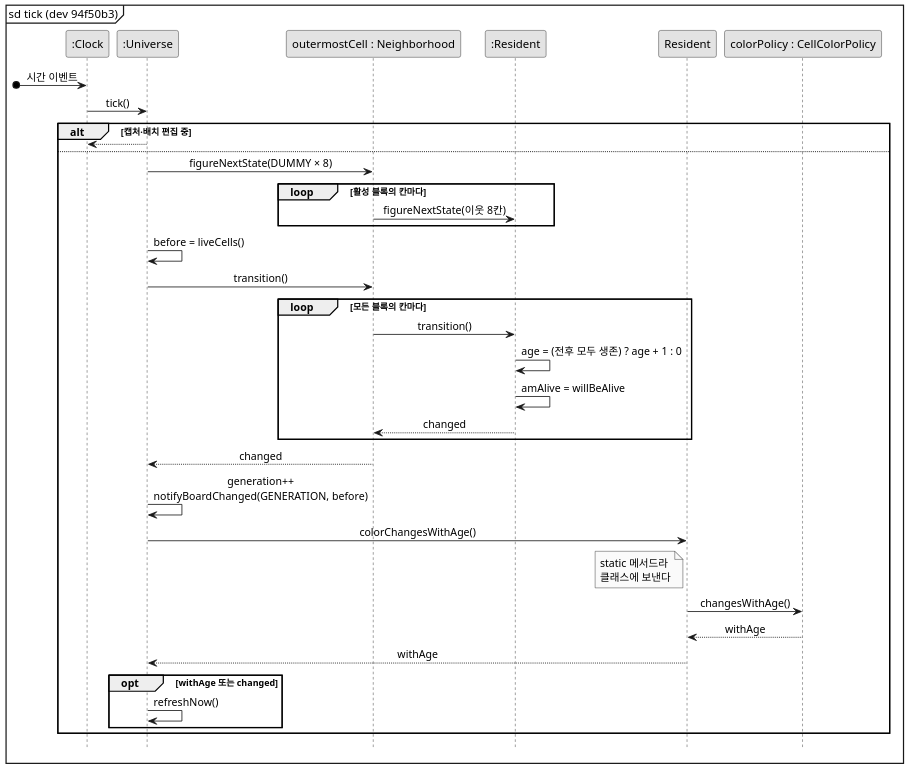
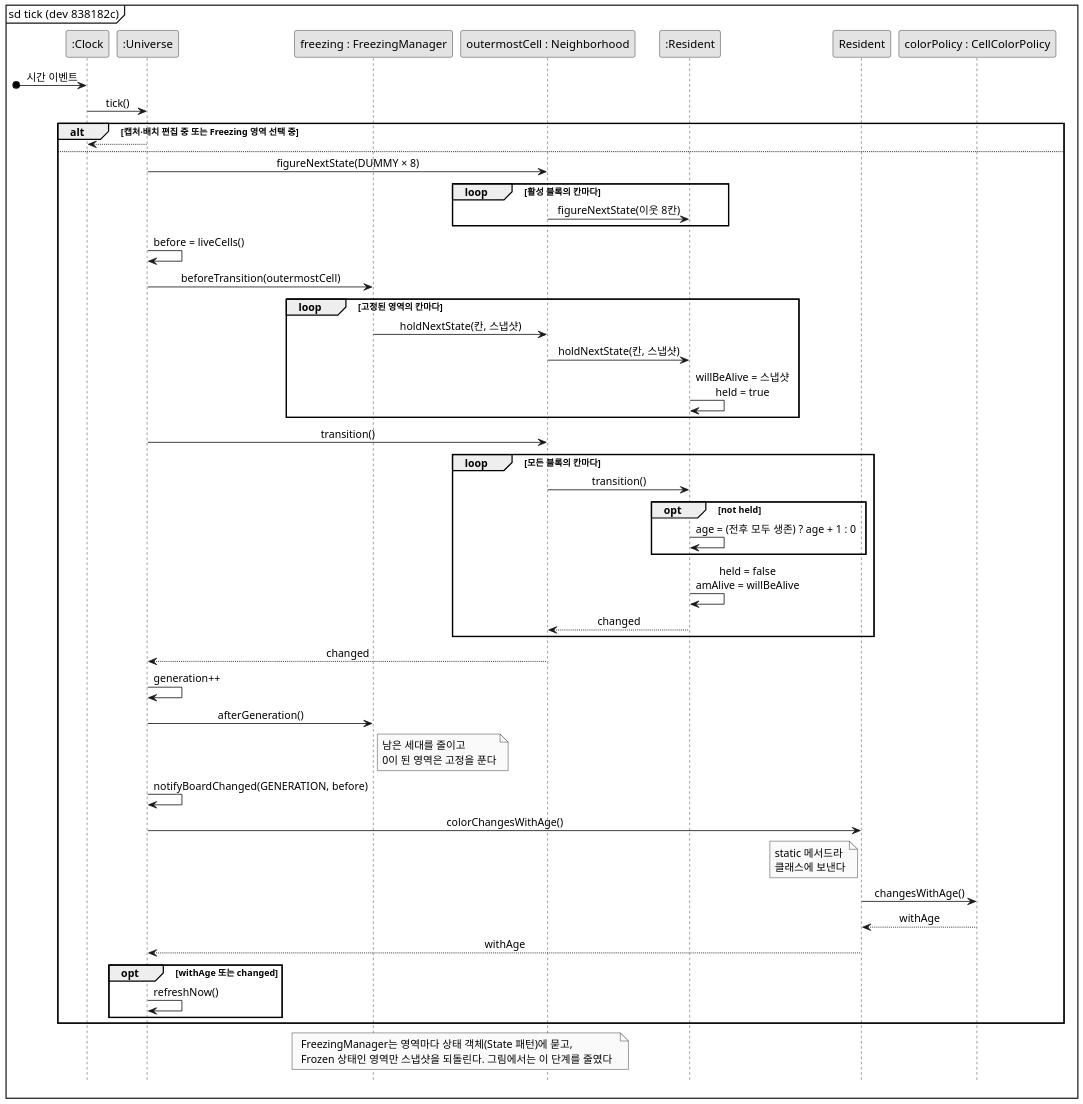
Before and after one commit to mckimR1972/DP_team_project: the diagram in docs/color-gen/diagrams/sd-tick-after.puml, drawn with PlantUML. The commit also changed 6 other files, not shown here.

Commit message:
docs: 색 순환 다이어그램에 Freezing 병합 후의 틱 처리와 나이 고정 반영

```diff
--- a/docs/color-gen/diagrams/sd-tick-after.puml
+++ b/docs/color-gen/diagrams/sd-tick-after.puml
@@ -1,49 +1,63 @@
 @startuml sd-tick-after
 skinparam monochrome true
 skinparam dpi 150
 skinparam shadowing false
 skinparam defaultFontName "Malgun Gothic"
 skinparam sequenceMessageAlign center
 hide footbox
-mainframe sd tick (dev 94f50b3)
+mainframe sd tick (dev 838182c)
 
 participant ":Clock" as C
 participant ":Universe" as U
+participant "freezing : FreezingManager" as F
 participant "outermostCell : Neighborhood" as N
 participant ":Resident" as R
 participant "Resident" as RC
 participant "colorPolicy : CellColorPolicy" as P
 
 [o-> C : 시간 이벤트
 C -> U : tick()
 
-alt 캡처·배치 편집 중
+alt 캡처·배치 편집 중 또는 Freezing 영역 선택 중
   U --> C
 else
   U -> N : figureNextState(DUMMY × 8)
   loop 활성 블록의 칸마다
     N -> R : figureNextState(이웃 8칸)
   end
   U -> U : before = liveCells()
 
+  U -> F : beforeTransition(outermostCell)
+  loop 고정된 영역의 칸마다
+    F -> N : holdNextState(칸, 스냅샷)
+    N -> R : holdNextState(칸, 스냅샷)
+    R -> R : willBeAlive = 스냅샷\nheld = true
+  end
+
   U -> N : transition()
   loop 모든 블록의 칸마다
     N -> R : transition()
-    R -> R : age = (전후 모두 생존) ? age + 1 : 0
-    R -> R : amAlive = willBeAlive
+    opt not held
+      R -> R : age = (전후 모두 생존) ? age + 1 : 0
+    end
+    R -> R : held = false\namAlive = willBeAlive
     R --> N : changed
   end
   N --> U : changed
 
-  U -> U : generation++\nnotifyBoardChanged(GENERATION, before)
+  U -> U : generation++
+  U -> F : afterGeneration()
+  note right of F : 남은 세대를 줄이고\n0이 된 영역은 고정을 푼다
+  U -> U : notifyBoardChanged(GENERATION, before)
 
   U -> RC : colorChangesWithAge()
   note left of RC : static 메서드라\n클래스에 보낸다
   RC -> P : changesWithAge()
   P --> RC : withAge
   RC --> U : withAge
   opt withAge 또는 changed
     U -> U : refreshNow()
   end
 end
+note over F, N : FreezingManager는 영역마다 상태 객체(State 패턴)에 묻고,\nFrozen 상태인 영역만 스냅샷을 되돌린다. 그림에서는 이 단계를 줄였다
 @enduml
```
